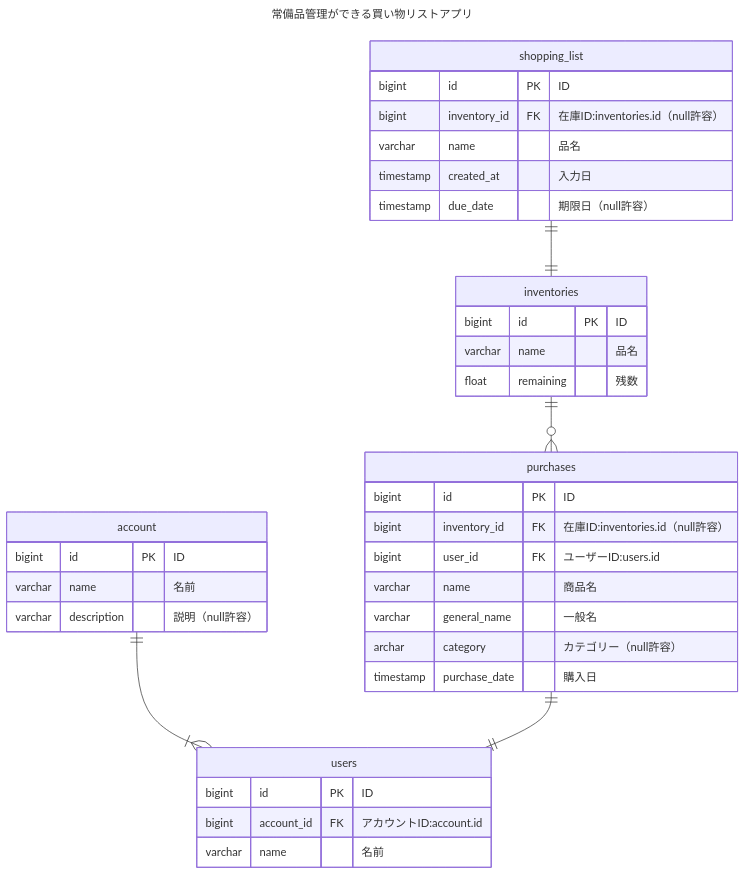
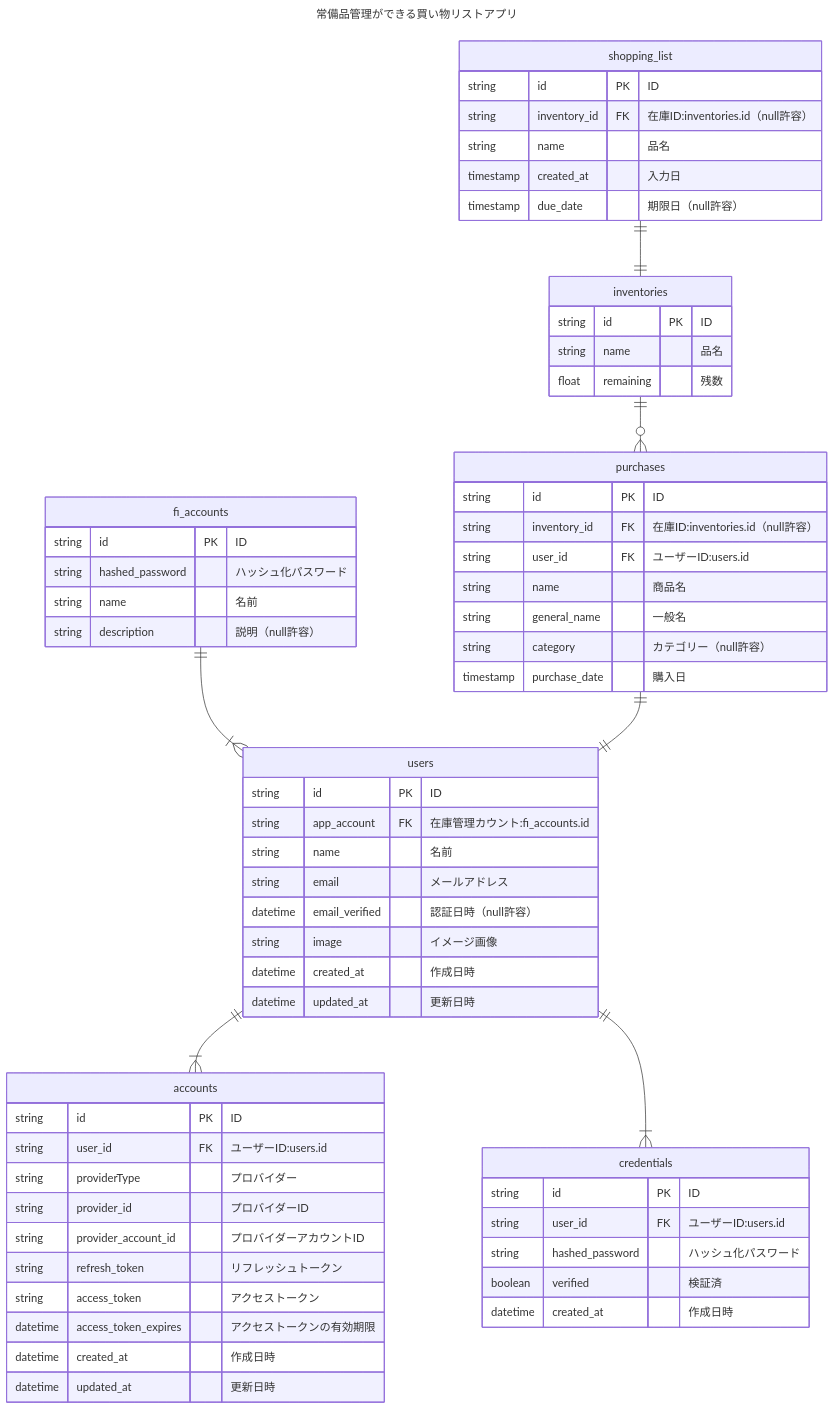
Before and after one commit to kurutto/fridge-inventory: the diagram in doc/fridge-inventory.md, drawn with Mermaid.

Commit message:
NextAuthのデータベーステーブルを追加、型名を修正

````diff
--- a/doc/fridge-inventory.md
+++ b/doc/fridge-inventory.md
@@ -5,43 +5,70 @@
 ```mermaid
 ---
 title: "常備品管理ができる買い物リストアプリ"
 ---
 erDiagram
 
-    account ||--|{ users : ""
+    users ||--|{ accounts : ""
+    users ||--|{ credentials : ""
+    fi_accounts ||--|{ users : ""
     inventories ||--o{ purchases : ""
     purchases ||--|| users : ""
     shopping_list ||--|| inventories : ""
 
-    account {
-        bigint id PK "ID"
-        varchar name "名前"
-        varchar description "説明（null許容）"
+    accounts {
+        string id PK "ID"
+        string user_id FK "ユーザーID:users.id"
+        string providerType "プロバイダー"
+        string provider_id "プロバイダーID"
+        string provider_account_id "プロバイダーアカウントID"
+        string refresh_token "リフレッシュトークン"
+        string access_token "アクセストークン"
+        datetime access_token_expires "アクセストークンの有効期限"
+        datetime created_at "作成日時"
+        datetime updated_at "更新日時"
     }
     users {
-        bigint id PK "ID"
-        bigint account_id FK "アカウントID:account.id"
-        varchar name "名前"
+        string id PK "ID"
+        string app_account FK "在庫管理カウント:fi_accounts.id"
+        string name "名前"
+        string email "メールアドレス"
+        datetime email_verified "認証日時（null許容）"
+        string image "イメージ画像"
+        datetime created_at "作成日時"
+        datetime updated_at "更新日時"
+    }
+    credentials{
+        string id PK "ID"
+        string user_id FK "ユーザーID:users.id"
+        string hashed_password "ハッシュ化パスワード"
+        boolean verified "検証済"
+        datetime created_at "作成日時"
+    }
+    fi_accounts {
+        string id PK "ID"
+        string hashed_password "ハッシュ化パスワード"
+        string name "名前"
+        string description "説明（null許容）"
     }
     inventories {
-        bigint id PK "ID"
-        varchar name "品名"
+        string id PK "ID"
+        string name "品名"
         float remaining "残数"
     }
     purchases {
-        bigint id PK "ID"
-        bigint inventory_id FK "在庫ID:inventories.id（null許容）" 
-        bigint user_id FK "ユーザーID:users.id"
-        varchar name "商品名"
-        varchar general_name "一般名"
-        archar category "カテゴリー（null許容）"
+        string id PK "ID"
+        string inventory_id FK "在庫ID:inventories.id（null許容）"
+        string user_id FK "ユーザーID:users.id"
+        string name "商品名"
+        string general_name "一般名"
+        string category "カテゴリー（null許容）"
         timestamp purchase_date "購入日"
     }
     shopping_list {
-        bigint id PK "ID"
-        bigint inventory_id FK "在庫ID:inventories.id（null許容）"
-        varchar name "品名"
+        string id PK "ID"
+        string inventory_id FK "在庫ID:inventories.id（null許容）"
+        string name "品名"
         timestamp created_at "入力日"
         timestamp due_date "期限日（null許容）"
     }
 ```
````
